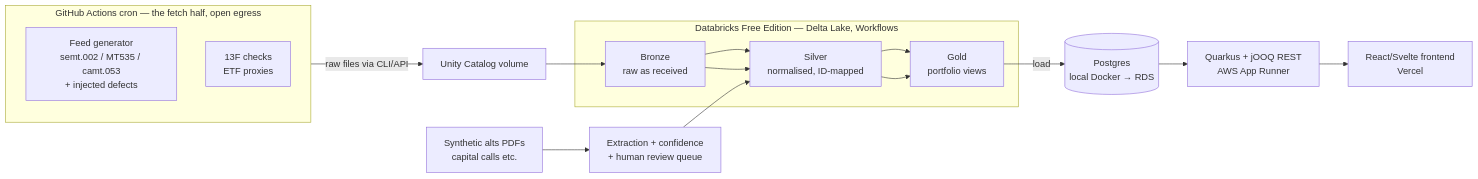
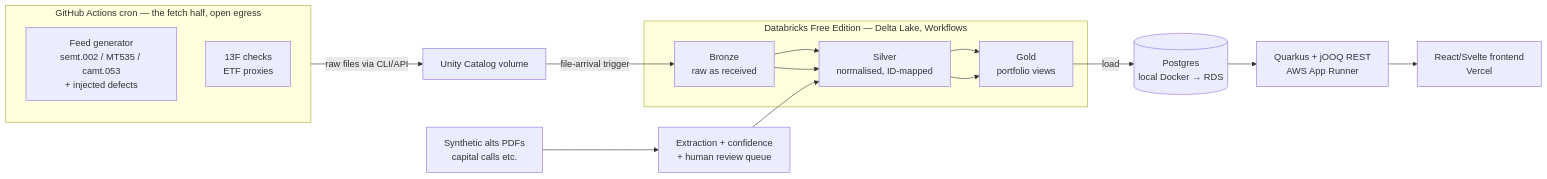
Before and after one commit to ambarshukla/parvum: the diagram in README.md, drawn with Mermaid. The commit also changed other lines of this file and 5 other files, not shown here.

First line of the commit message:
feat: run bronze on a file-arrival trigger, defined as a bundle

````diff
--- a/README.md
+++ b/README.md
@@ -17,18 +17,18 @@
 ```mermaid
 flowchart LR
     subgraph GHA [GitHub Actions cron — the fetch half, open egress]
         FG[Feed generator<br/>semt.002 / MT535 / camt.053<br/>+ injected defects]
         EX[13F checks<br/>ETF proxies]
     end
     GHA -->|raw files via CLI/API| UC[Unity Catalog volume]
-    UC --> B[Bronze<br/>raw as received]
+    UC -->|file-arrival trigger| B[Bronze<br/>raw as received]
     B --> S[Silver<br/>normalised, ID-mapped]
     S --> G[Gold<br/>portfolio views]
     subgraph DBX [Databricks Free Edition — Delta Lake, Workflows]
         B --> S --> G
     end
     G -->|load| PG[(Postgres<br/>local Docker → RDS)]
     PG --> API[Quarkus + jOOQ REST<br/>AWS App Runner]
     API --> FE[React/Svelte frontend<br/>Vercel]
     PDF[Synthetic alts PDFs<br/>capital calls etc.] --> HITL[Extraction + confidence<br/>+ human review queue] --> S
 ```
````
